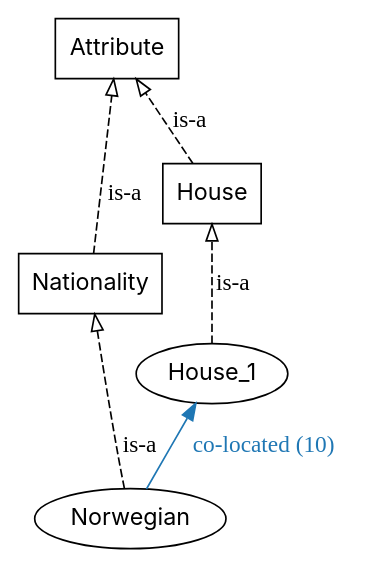
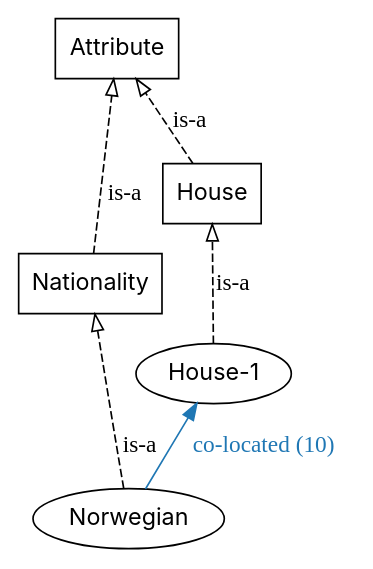
The fifth of 6 diagrams in docs/kernel/ir/03-ein-lang/04_dot_rendering.md (agutikov/ein), drawn with Graphviz before and after one commit. The commit also changed other lines of this file and 90 other files, not shown here.

````diff
--- a/docs/kernel/ir/03-ein-lang/04_dot_rendering.md
+++ b/docs/kernel/ir/03-ein-lang/04_dot_rendering.md
@@ -193,29 +193,29 @@
 ```dot
 digraph zebra_unified_fragment {
   // suggested layout: fdp
   rankdir=BT;
   node [fontname="Inter"];
 
   // types
   "Nationality" [shape=box, label="Nationality"];
   "House"       [shape=box, label="House"];
   "Attribute"   [shape=box, label="Attribute"];
 
   // instances
   "Norwegian" [shape=oval, label="Norwegian"];
-  "House_1"   [shape=oval, label="House_1"];
+  "House-1"   [shape=oval, label="House-1"];
 
   // type edges (instance-of)
   "Norwegian" -> "Nationality" [style=dashed, arrowhead=empty, label="is-a"];
-  "House_1"   -> "House"       [style=dashed, arrowhead=empty, label="is-a"];
+  "House-1"   -> "House"       [style=dashed, arrowhead=empty, label="is-a"];
   "Nationality" -> "Attribute" [style=dashed, arrowhead=empty, label="is-a"];
   "House"       -> "Attribute" [style=dashed, arrowhead=empty, label="is-a"];
 
   // fact-layer edges (note short-source id "(10)" + per-relation colour)
-  "Norwegian" -> "House_1" [
+  "Norwegian" -> "House-1" [
     label="co-located (10)",
     color="#1f77b4", fontcolor="#1f77b4",
     style=solid,
   ];
 }
 ```
````
